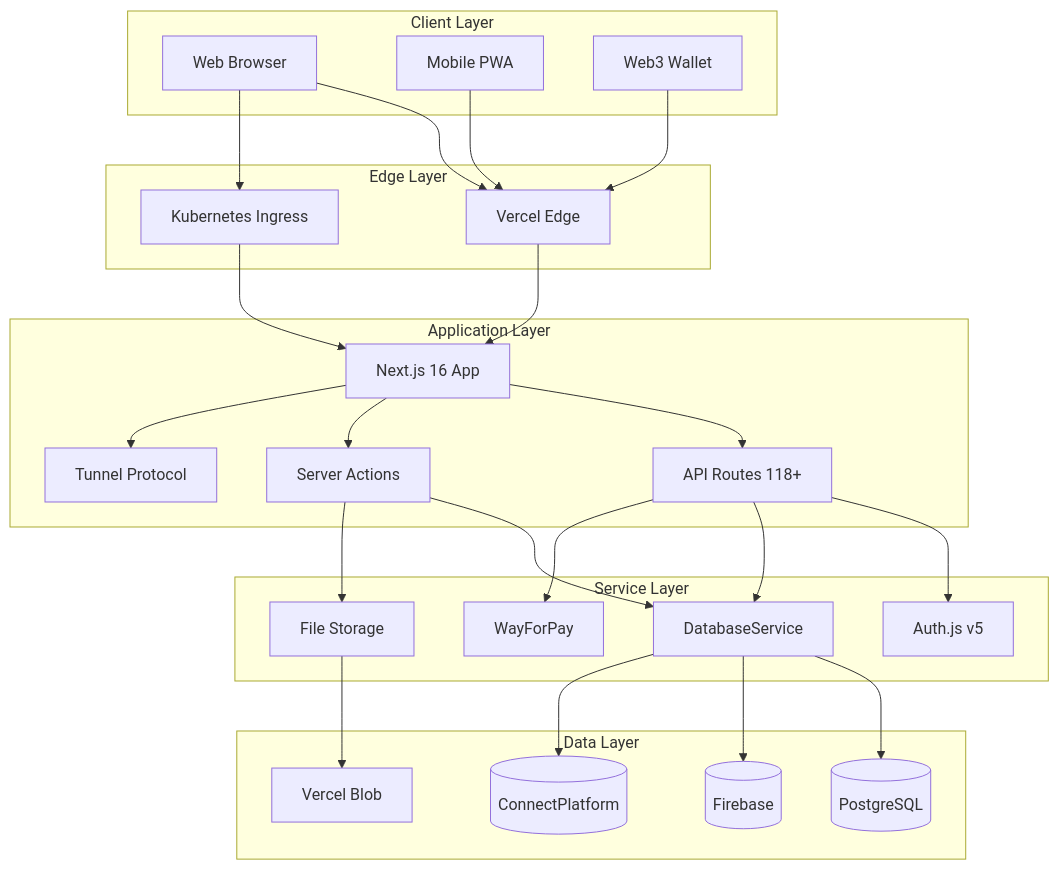
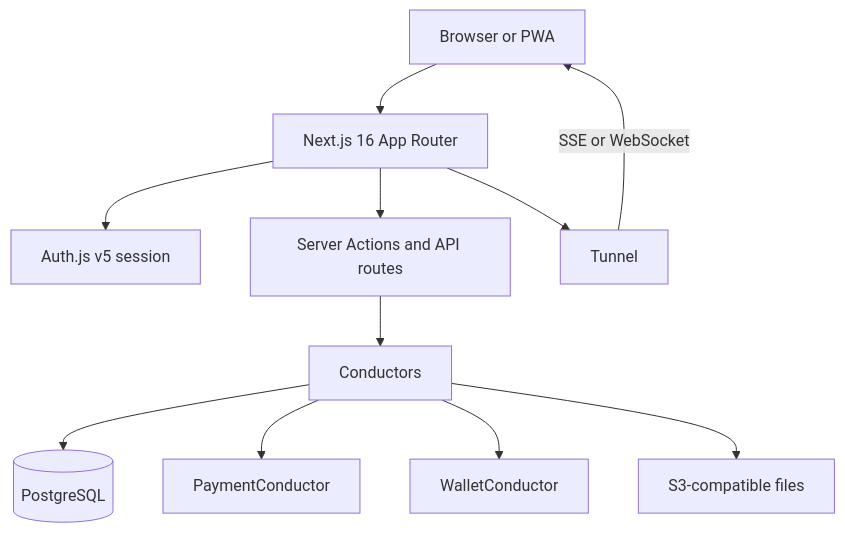
The second of 4 diagrams in web/README.md (connectplatform/ring), drawn with Mermaid before and after one commit. The commit also changed other lines of this file and 2 other files, not shown here.

Commit message:
docs(oss): split root purpose from web app README [github-oss strip .forgejo]

````diff
--- a/web/README.md
+++ b/web/README.md
@@ -219,57 +111,13 @@
 ```mermaid
 flowchart TB
-    subgraph Client["Client Layer"]
-        WEB[Web Browser]
-        MOBILE[Mobile PWA]
-        WALLET[Web3 Wallet]
-    end
-    
-    subgraph Edge["Edge Layer"]
-        VERCEL[Vercel Edge]
-        K8S[Kubernetes Ingress]
-    end
-    
-    subgraph App["Application Layer"]
-        NEXT[Next.js 16 App]
-        API[API Routes 118+]
-        ACTIONS[Server Actions]
-        TUNNEL[Tunnel Protocol]
-    end
-    
-    subgraph Services["Service Layer"]
-        AUTH[Auth.js v5]
-        DB[DatabaseService]
-        PAYMENT[WayForPay]
-        STORAGE[File Storage]
-    end
-    
-    subgraph Data["Data Layer"]
-        PG[(PostgreSQL)]
-        FB[(Firebase)]
-        CP[(ConnectPlatform)]
-        BLOB[Vercel Blob]
-    end
-    
-    WEB --> VERCEL
-    MOBILE --> VERCEL
-    WALLET --> VERCEL
-    WEB --> K8S
-    
-    VERCEL --> NEXT
-    K8S --> NEXT
-    
-    NEXT --> API
-    NEXT --> ACTIONS
-    NEXT --> TUNNEL
-    
-    API --> AUTH
-    API --> DB
-    API --> PAYMENT
-    ACTIONS --> DB
-    ACTIONS --> STORAGE
-    
-    DB --> PG
-    DB --> FB
-    DB --> CP
-    STORAGE --> BLOB
+  U[Browser or PWA] --> App[Next.js 16 App Router]
+  App --> Auth[Auth.js v5 session]
+  App --> Mut[Server Actions and API routes]
+  Mut --> Cond[Conductors]
+  Cond --> DB[(PostgreSQL)]
+  Cond --> Pay[PaymentConductor]
+  Cond --> Wall[WalletConductor]
+  Cond --> Files[S3-compatible files]
+  App --> Tun[Tunnel]
+  Tun -->|SSE or WebSocket| U
 ```
````
